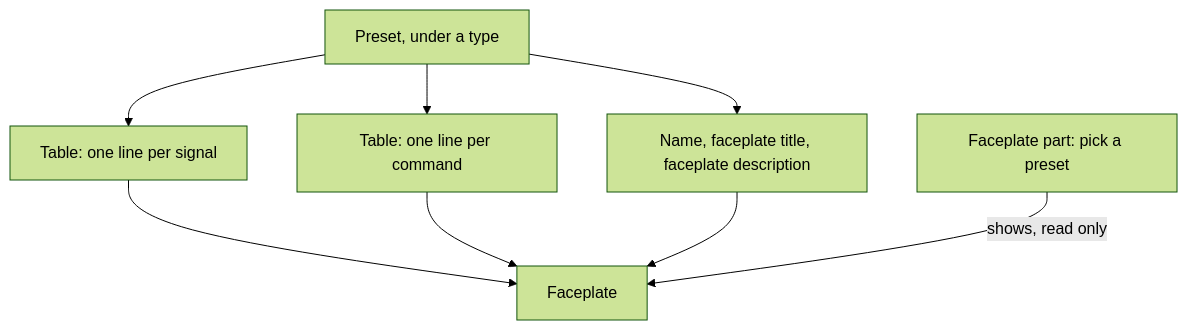
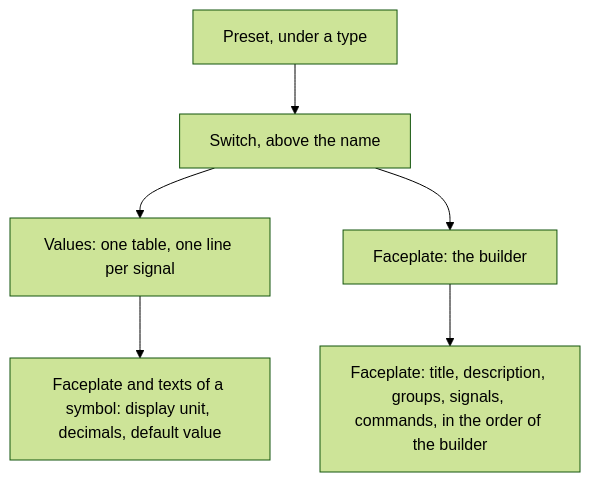
The first of 6 diagrams in metadata/09-presets.md (AlexandreGallais/synoptic-studio-spec), drawn with Mermaid (forest theme) before and after one commit. The commit also changed other lines of this file and 13 other files, not shown here.

````diff
--- a/metadata/09-presets.md
+++ b/metadata/09-presets.md
@@ -21,10 +36,8 @@
 ```mermaid
 flowchart TD
-    R["Preset, under a type"] --> H["Name, faceplate title, faceplate description"]
-    R --> S["Table: one line per signal"]
-    R --> C["Table: one line per command"]
-    S --> F["Faceplate"]
-    C --> F
-    H --> F
-    V["Faceplate part: pick a preset"] -->|"shows, read only"| F
+    R["Preset, under a type"] --> SW["Switch, above the name"]
+    SW --> V["Values: one table, one line per signal"]
+    SW --> B["Faceplate: the builder"]
+    V --> F["Faceplate and texts of a symbol: display unit, decimals, default value"]
+    B --> F2["Faceplate: title, description, groups, signals, commands, in the order of the builder"]
 ```
````
